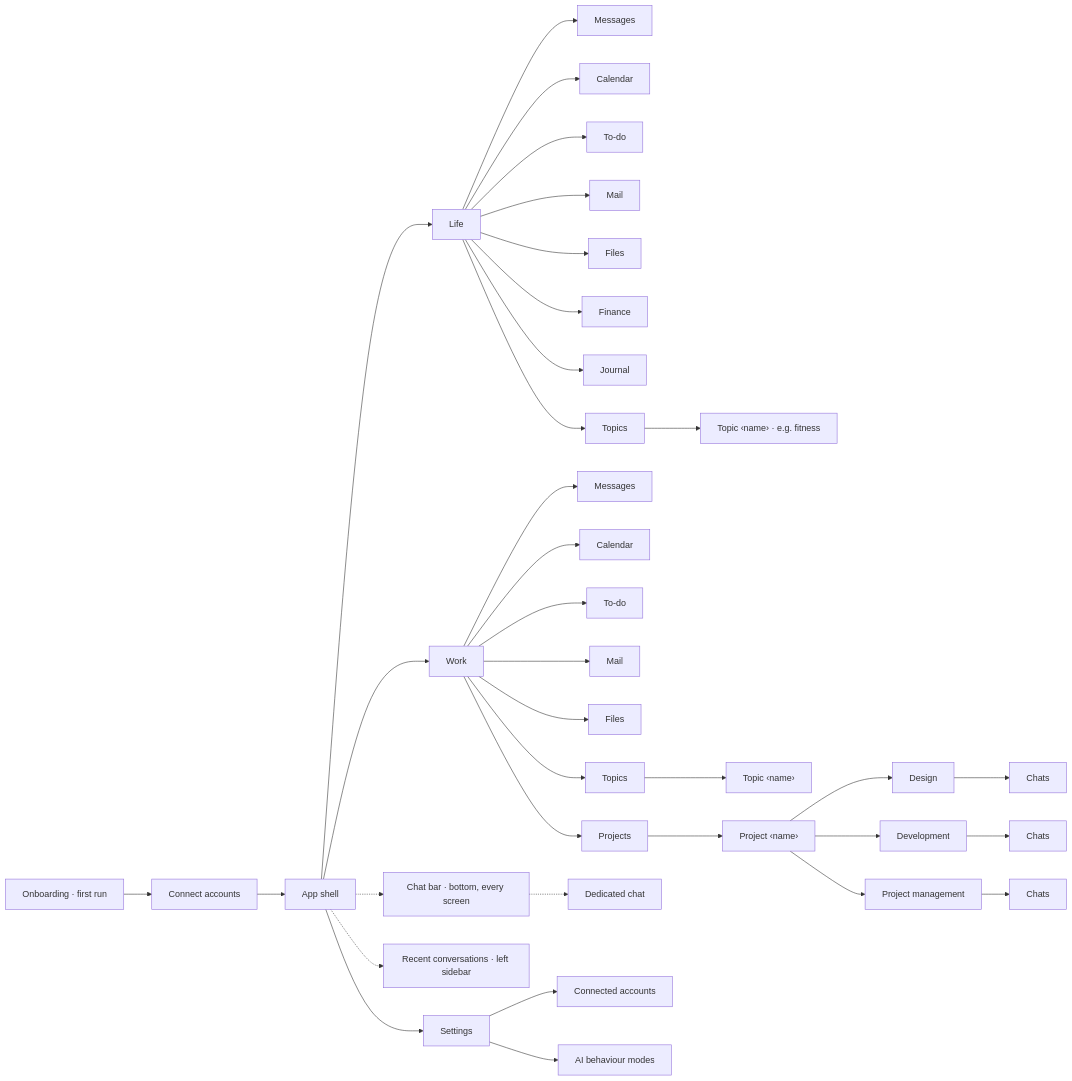
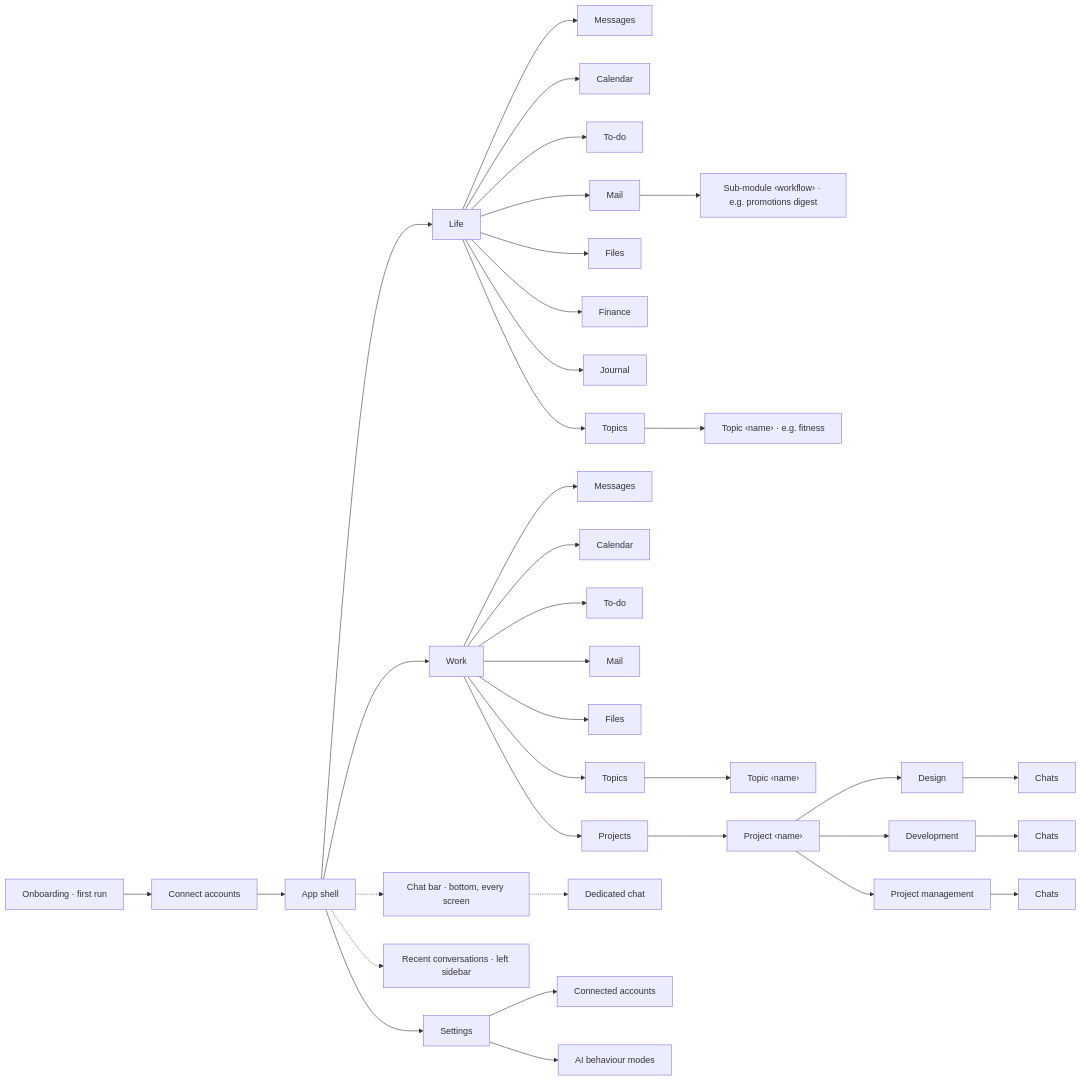
The diagram in docs/design/IA-MAP.md (sherrrrryz/personal_agent), drawn with Mermaid before and after one commit. The commit also changed other lines of this file and 2 other files, not shown here.

First line of the commit message:
docs(task-0): D-08 — conversations switch between one-off and persistent sub-module/workflow

````diff
--- a/docs/design/IA-MAP.md
+++ b/docs/design/IA-MAP.md
@@ -18,41 +18,42 @@
 ```mermaid
 flowchart LR
   onboarding[Onboarding · first run] --> onboarding.accounts[Connect accounts]
   onboarding.accounts --> root
   root[App shell]
   root --> life[Life]
   root --> work[Work]
   root -.-> chat.bar[Chat bar · bottom, every screen]
   root -.-> chat.recent[Recent conversations · left sidebar]
   root --> settings[Settings]
 
   life --> life.messages[Messages]
   life --> life.calendar[Calendar]
   life --> life.todo[To-do]
   life --> life.mail[Mail]
   life --> life.files[Files]
   life --> life.finance[Finance]
   life --> life.journal[Journal]
   life --> life.topics[Topics]
+  life.mail --> life.mail.custom["Sub-module ‹workflow› · e.g. promotions digest"]
   life.topics --> life.topic["Topic ‹name› · e.g. fitness"]
 
   work --> work.messages[Messages]
   work --> work.calendar[Calendar]
   work --> work.todo[To-do]
   work --> work.mail[Mail]
   work --> work.files[Files]
   work --> work.projects[Projects]
   work --> work.topics[Topics]
   work.topics --> work.topic["Topic ‹name›"]
   work.projects --> project["Project ‹name›"]
   project --> project.design[Design]
   project --> project.dev[Development]
   project --> project.pm[Project management]
   project.design --> project.design.chats[Chats]
   project.dev --> project.dev.chats[Chats]
   project.pm --> project.pm.chats[Chats]
 
   chat.bar -.-> chat.thread[Dedicated chat]
   settings --> settings.accounts[Connected accounts]
   settings --> settings.ai-modes[AI behaviour modes]
 ```
````
